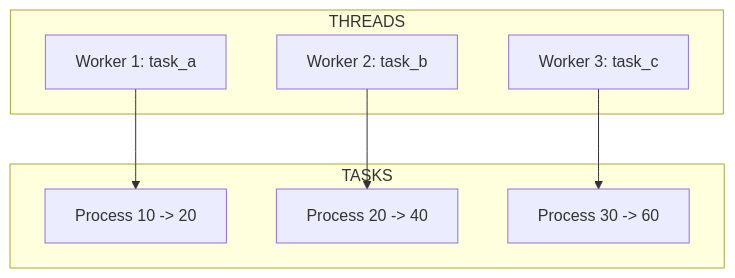
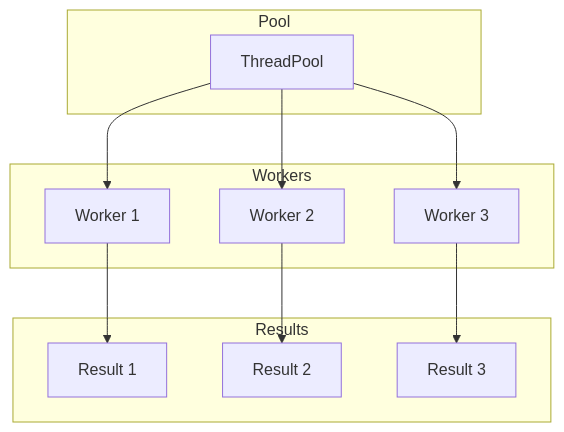
Before and after one commit to wisrovi/wpipe: the third of 5 diagrams in examples/api_pipeline/19_concurrent_workers/README.md, drawn with Mermaid. The commit also changed other lines of this file and 20 other files, not shown here.

First line of the commit message:
Simplify Mermaid diagrams for better rendering

````diff
--- a/examples/api_pipeline/19_concurrent_workers/README.md
+++ b/examples/api_pipeline/19_concurrent_workers/README.md
@@ -37,18 +37,25 @@
 ```mermaid
 graph TB
-    subgraph THREADS
-        T1[Worker 1: task_a]
-        T2[Worker 2: task_b]
-        T3[Worker 3: task_c]
+    subgraph Pool
+        P[ThreadPool]
     end
     
-    subgraph TASKS
-        P1[Process 10 -> 20]
-        P2[Process 20 -> 40]
-        P3[Process 30 -> 60]
+    subgraph Workers
+        W1[Worker 1]
+        W2[Worker 2]
+        W3[Worker 3]
     end
     
-    T1 --> P1
-    T2 --> P2
-    T3 --> P3
+    subgraph Results
+        R1[Result 1]
+        R2[Result 2]
+        R3[Result 3]
+    end
+    
+    P --> W1
+    P --> W2
+    P --> W3
+    W1 --> R1
+    W2 --> R2
+    W3 --> R3
 ```
````
